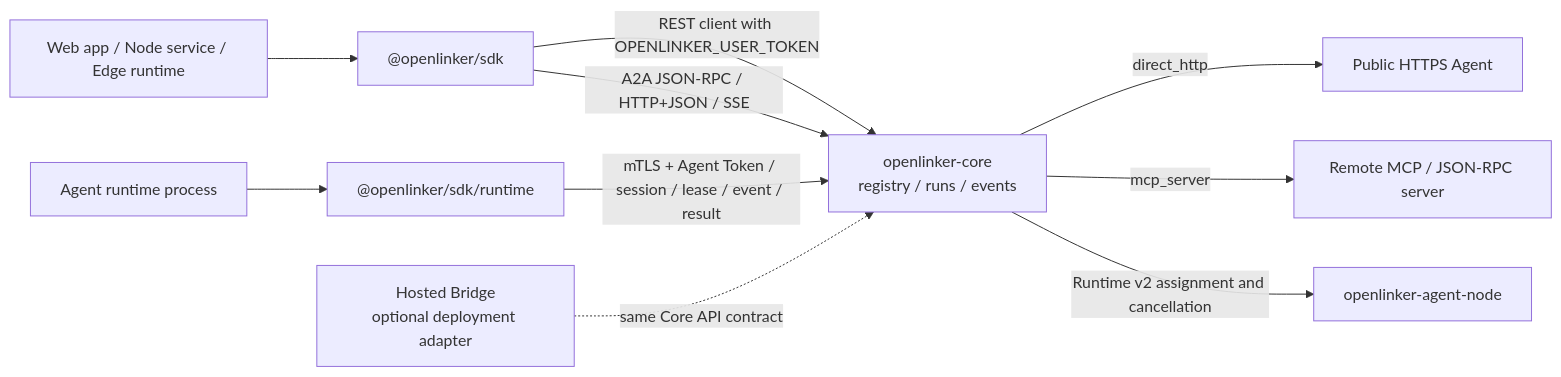
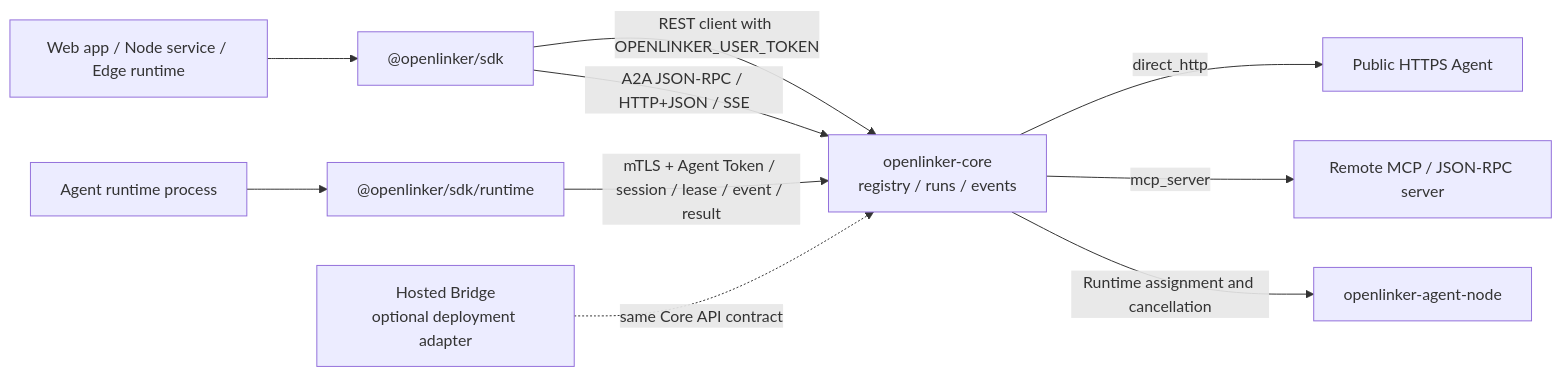
One commit to OpenLinker-ai/openlinker-js changed the diagram in README.md. Above: the diagram before and after it, drawn with Mermaid. The commit also changed other lines of this file and 9 other files, not shown here.

````diff
--- a/README.md
+++ b/README.md
@@ -33,14 +33,14 @@
 ```mermaid
 flowchart LR
   App["Web app / Node service / Edge runtime"] --> ClientSDK["@openlinker/sdk"]
   ClientSDK -->|"REST client with OPENLINKER_USER_TOKEN"| Core["openlinker-core<br/>registry / runs / events"]
   ClientSDK -->|"A2A JSON-RPC / HTTP+JSON / SSE"| Core
   Runtime["Agent runtime process"] --> RuntimeSDK["@openlinker/sdk/runtime"]
   RuntimeSDK -->|"mTLS + Agent Token / session / lease / event / result"| Core
 
   HostedBridge["Hosted Bridge<br/>optional deployment adapter"] -.->|"same Core API contract"| Core
 
   Core -->|"direct_http"| HTTPAgent["Public HTTPS Agent"]
   Core -->|"mcp_server"| MCPAgent["Remote MCP / JSON-RPC server"]
-  Core -->|"Runtime v2 assignment and cancellation"| AgentNode["openlinker-agent-node"]
+  Core -->|"Runtime assignment and cancellation"| AgentNode["openlinker-agent-node"]
 ```
````
